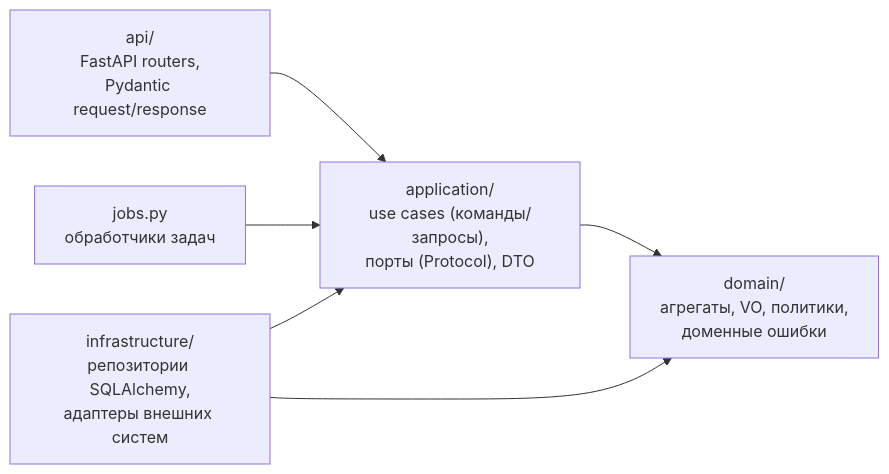
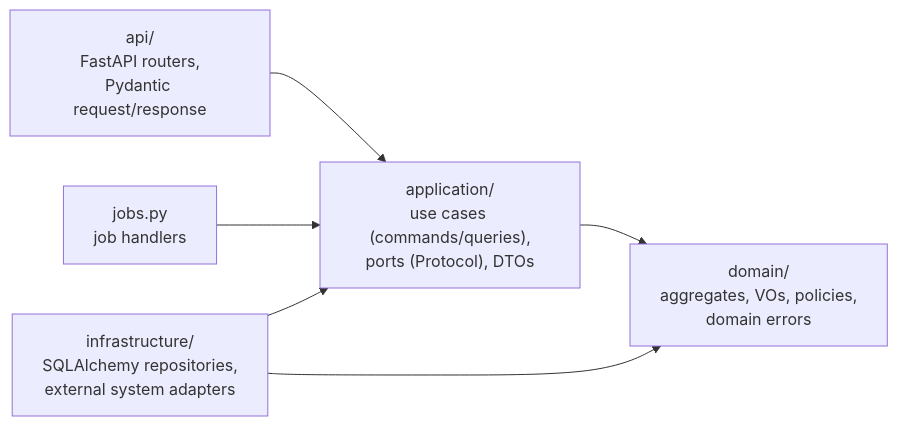
Before and after one commit to notLeri/sportintel: the sixth of 13 diagrams in docs/ARCHITECTURE.md, drawn with Mermaid. The commit also changed other lines of this file and 13 other files, not shown here.

Commit message:
docs: translate architecture doc and API descriptions to English

````diff
--- a/docs/ARCHITECTURE.md
+++ b/docs/ARCHITECTURE.md
@@ -460,8 +460,8 @@
 ```mermaid
 flowchart LR
   API["api/<br/>FastAPI routers,<br/>Pydantic request/response"] --> APP
-  JOBS["jobs.py<br/>обработчики задач"] --> APP
-  APP["application/<br/>use cases (команды/запросы),<br/>порты (Protocol), DTO"] --> DOM["domain/<br/>агрегаты, VO, политики,<br/>доменные ошибки"]
-  INFRA["infrastructure/<br/>репозитории SQLAlchemy,<br/>адаптеры внешних систем"] --> APP
+  JOBS["jobs.py<br/>job handlers"] --> APP
+  APP["application/<br/>use cases (commands/queries),<br/>ports (Protocol), DTOs"] --> DOM["domain/<br/>aggregates, VOs, policies,<br/>domain errors"]
+  INFRA["infrastructure/<br/>SQLAlchemy repositories,<br/>external system adapters"] --> APP
   INFRA --> DOM
 ```
````
